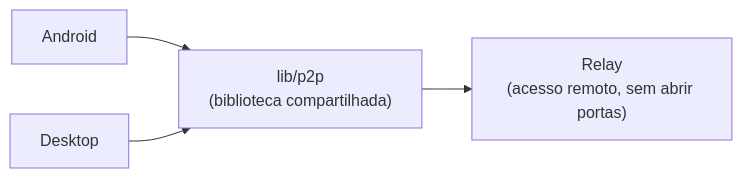
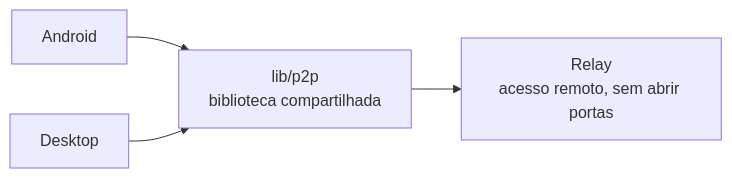
Before and after one commit to Vinicius-Gabriel-P-Leitao/acerola-reader: the first of 2 diagrams in docs/web/src/content/docs/pt-br/architecture.md, drawn with Mermaid. The commit also changed other lines of this file and 23 other files, not shown here.

````diff
--- a/docs/web/src/content/docs/pt-br/architecture.md
+++ b/docs/web/src/content/docs/pt-br/architecture.md
@@ -34,6 +27,6 @@
 ```mermaid
 flowchart LR
-    Android["Android"] --> P2P["lib/p2p<br/>(biblioteca compartilhada)"]
+    Android["Android"] --> P2P["lib/p2p<br/>biblioteca compartilhada"]
     Desktop["Desktop"] --> P2P
-    P2P --> Relay["Relay<br/>(acesso remoto, sem abrir portas)"]
+    P2P --> Relay["Relay<br/>acesso remoto, sem abrir portas"]
 ```
````
